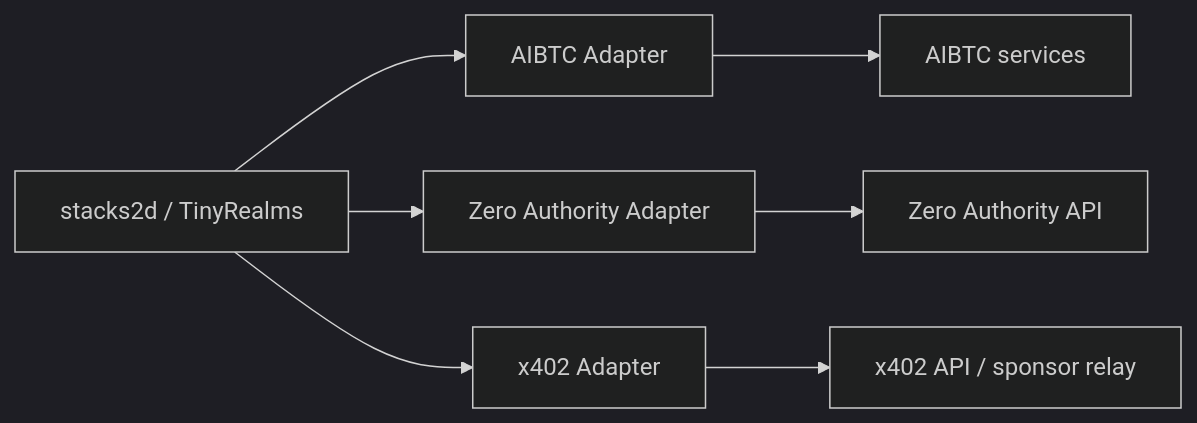
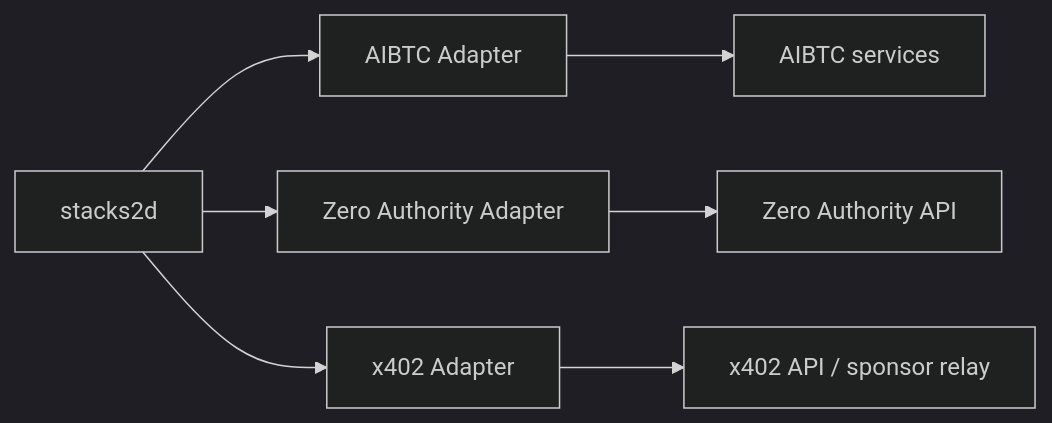
Diagram 13 of 14 in README.md (retroverse404/---stacks2d-dungeons-agents), drawn with Mermaid (dark theme) before and after one commit. The commit also changed other lines of this file, not shown here.

Commit message:
Reduce TinyRealms references in README

````diff
--- a/README.md
+++ b/README.md
@@ -710,9 +710,9 @@
 ```mermaid
 flowchart LR
-  G[stacks2d / TinyRealms] --> X[AIBTC Adapter]
+  G[stacks2d] --> X[AIBTC Adapter]
   G --> Z[Zero Authority Adapter]
   G --> P[x402 Adapter]
   X --> AX[AIBTC services]
   Z --> ZX[Zero Authority API]
   P --> PX[x402 API / sponsor relay]
 ```
````
